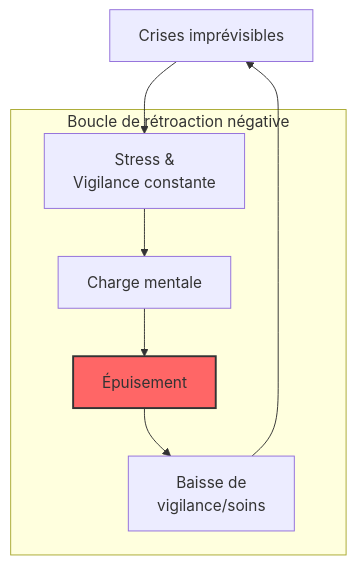
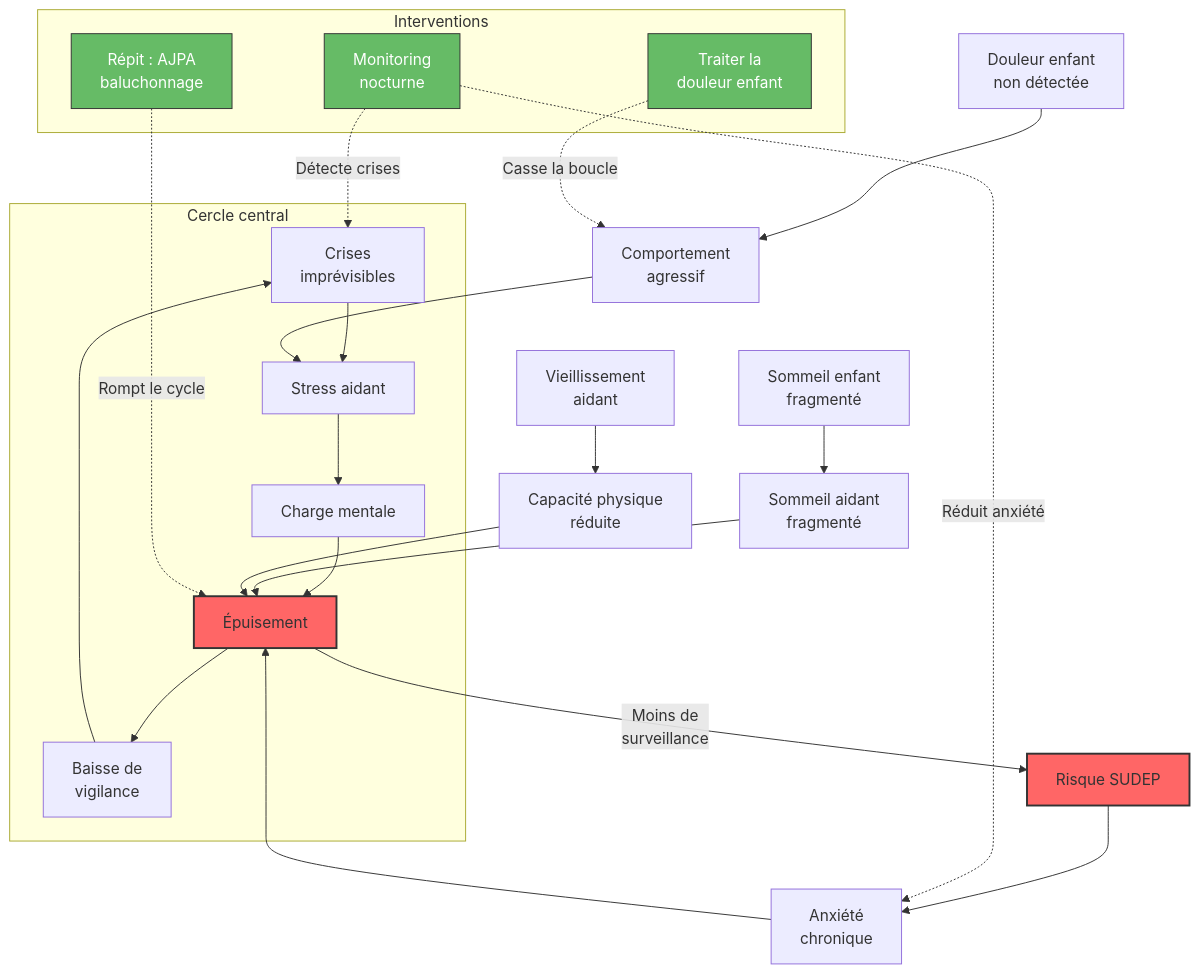
One commit to popul/book-dravet changed the diagram in livre/chapitres/chapitre_10.md. Above: the diagram before and after it, drawn with Mermaid. The commit also changed other lines of this file and 4 other files, not shown here.

````diff
--- a/livre/chapitres/chapitre_10.md
+++ b/livre/chapitres/chapitre_10.md
@@ -92,14 +92,43 @@
 ```mermaid
 graph TD
-    A["Crises imprévisibles"] --> B["Stress &<br/>Vigilance constante"]
+    A["Crises<br/>imprévisibles"] --> B["Stress aidant"]
     B --> C["Charge mentale"]
     C --> D["Épuisement"]
-    D --> E["Baisse de<br/>vigilance/soins"]
+    D --> E["Baisse de<br/>vigilance"]
     E --> A
-    
-    subgraph "Boucle de rétroaction négative"
-    B & C & D & E
+
+    subgraph "Cercle central"
+    A & B & C & D & E
     end
 
+    DOUL["Douleur enfant<br/>non détectée"] --> AGRES["Comportement<br/>agressif"]
+    AGRES --> B
+
+    SOMMENF["Sommeil enfant<br/>fragmenté"] --> SOMMAID["Sommeil aidant<br/>fragmenté"]
+    SOMMAID --> D
+
+    SUDEP["Risque SUDEP"] --> ANX["Anxiété<br/>chronique"]
+    ANX --> D
+
+    D --> |"Moins de<br/>surveillance"| SUDEP
+
+    VIEIL["Vieillissement<br/>aidant"] --> CAPPHY["Capacité physique<br/>réduite"]
+    CAPPHY --> D
+
+    subgraph "Interventions"
+    INT1["Traiter la<br/>douleur enfant"]
+    INT2["Monitoring<br/>nocturne"]
+    INT3["Répit : AJPA<br/>baluchonnage"]
+    end
+
+    INT1 -.-> |"Casse la boucle"| AGRES
+    INT2 -.-> |"Réduit anxiété"| ANX
+    INT2 -.-> |"Détecte crises"| A
+    INT3 -.-> |"Rompt le cycle"| D
+
     style D fill:#f66,stroke:#333,stroke-width:2px
+    style SUDEP fill:#f66,stroke:#333,stroke-width:2px
+    style INT1 fill:#6b6,stroke:#333,color:#fff
+    style INT2 fill:#6b6,stroke:#333,color:#fff
+    style INT3 fill:#6b6,stroke:#333,color:#fff
 ```
````
